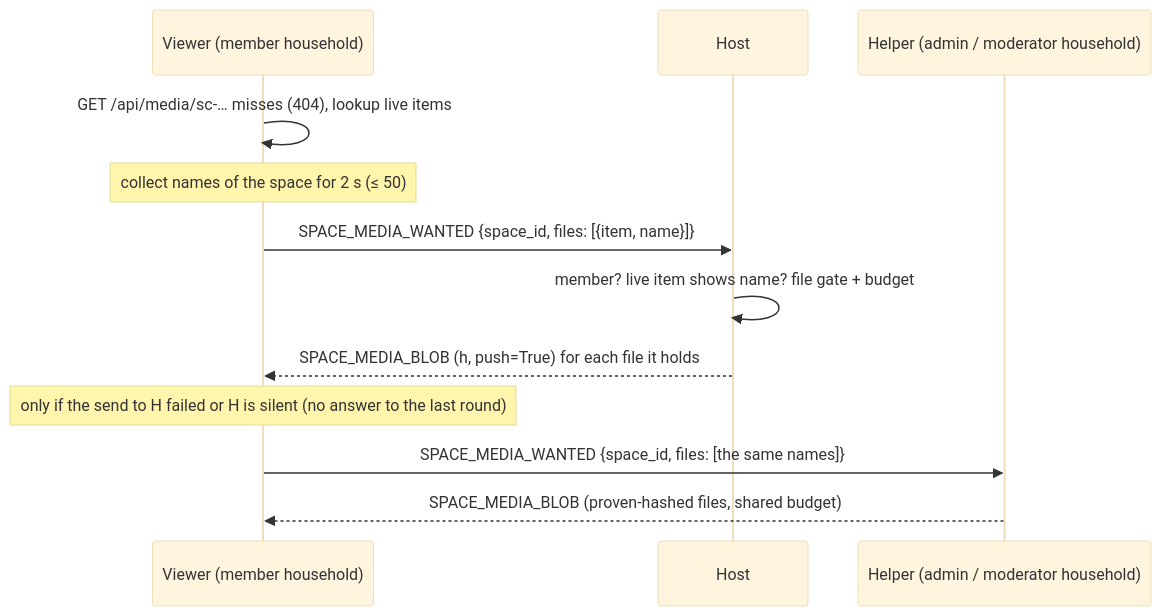
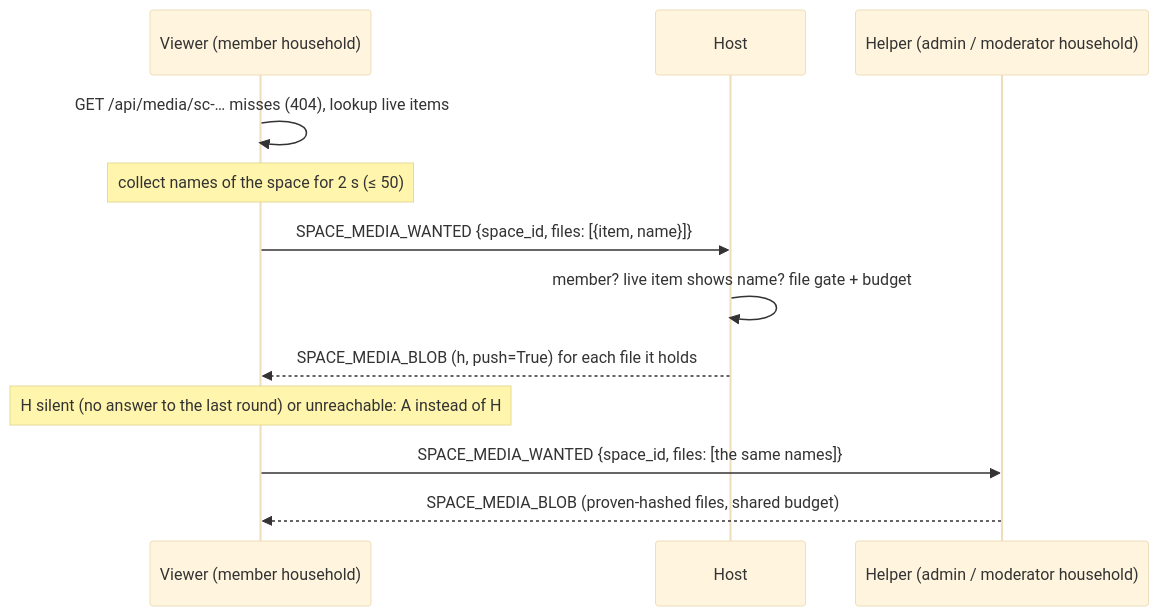
Before and after one commit to social-home-io/socialhome: the second of 5 diagrams in docs/protocol/media.md, drawn with Mermaid (base theme). The commit also changed other lines of this file and 14 other files, not shown here.

````diff
--- a/docs/protocol/media.md
+++ b/docs/protocol/media.md
@@ -731,14 +734,14 @@
 ```mermaid
 sequenceDiagram
     participant V as Viewer (member household)
     participant H as Host
     participant A as Helper (admin / moderator household)
     V->>V: GET /api/media/sc-… misses (404), lookup live items
     Note over V: collect names of the space for 2 s (≤ 50)
     V->>H: SPACE_MEDIA_WANTED {space_id, files: [{item, name}]}
     H->>H: member? live item shows name? file gate + budget
     H-->>V: SPACE_MEDIA_BLOB (h, push=True) for each file it holds
-    Note over V: only if the send to H failed or H is silent (no answer to the last round)
+    Note over V: H silent (no answer to the last round) or unreachable: A instead of H
     V->>A: SPACE_MEDIA_WANTED {space_id, files: [the same names]}
     A-->>V: SPACE_MEDIA_BLOB (proven-hashed files, shared budget)
 ```
````
